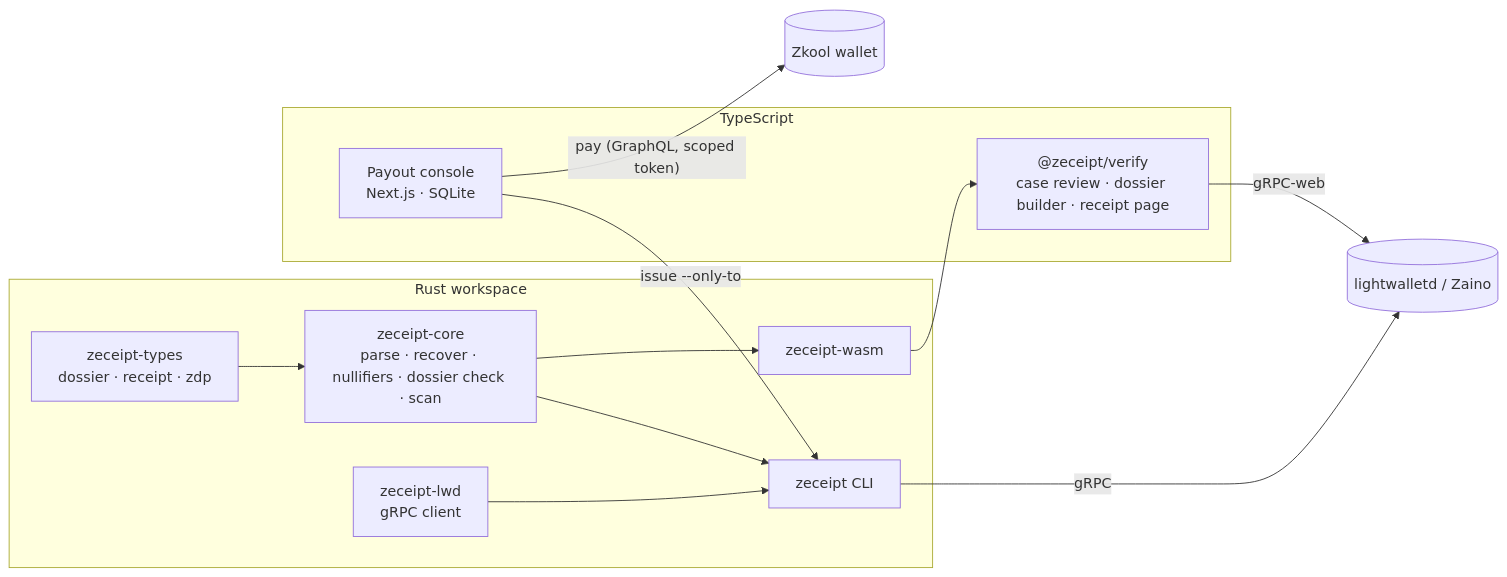
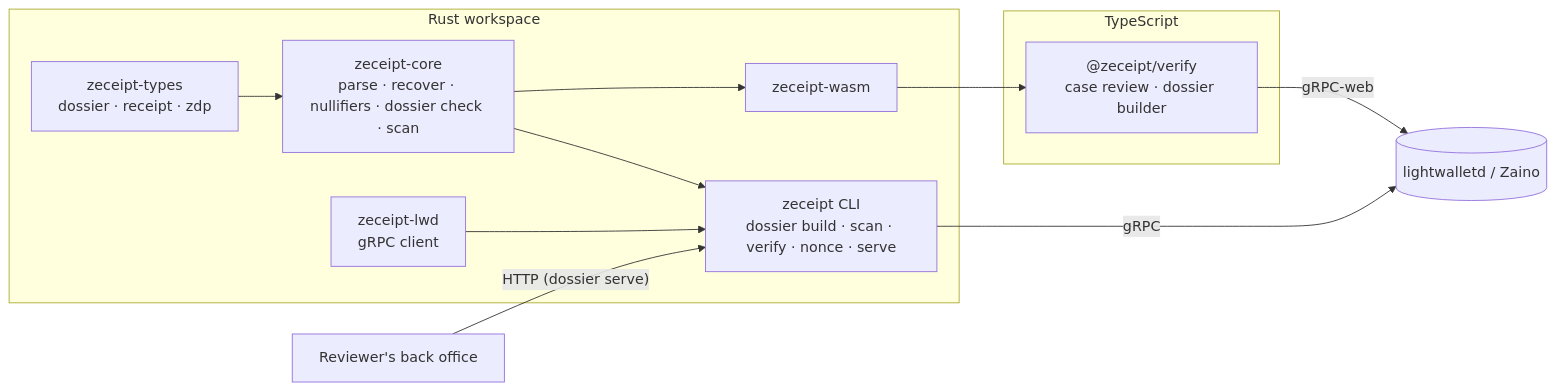
One commit to beautifulrem/zeceipt changed the second of 2 diagrams in README.md. Above: the diagram before and after it, drawn with Mermaid. The commit also changed other lines of this file and 61 other files, not shown here.

````diff
--- a/README.md
+++ b/README.md
@@ -217,23 +138,21 @@
 ```mermaid
 flowchart LR
   subgraph Rust["Rust workspace"]
     types[zeceipt-types<br/>dossier · receipt · zdp]
     core[zeceipt-core<br/>parse · recover · nullifiers · dossier check · scan]
     lwd[zeceipt-lwd<br/>gRPC client]
-    cli[zeceipt CLI]
+    cli["zeceipt CLI<br/>dossier build · scan · verify · nonce · serve"]
     wasm[zeceipt-wasm]
   end
   subgraph Web["TypeScript"]
-    verify["@zeceipt/verify<br/>case review · dossier builder · receipt page"]
-    console[Payout console<br/>Next.js · SQLite]
+    verify["@zeceipt/verify<br/>case review · dossier builder"]
   end
   node[(lightwalletd / Zaino)]
-  wallet[(Zkool wallet)]
+  backoffice[Reviewer's back office]
   types --> core --> cli
   lwd --> cli
   core --> wasm --> verify
-  console -- "issue --only-to" --> cli
-  console -- "pay (GraphQL, scoped token)" --> wallet
+  backoffice -- "HTTP (dossier serve)" --> cli
   cli -- gRPC --> node
   verify -- gRPC-web --> node
 ```
````
